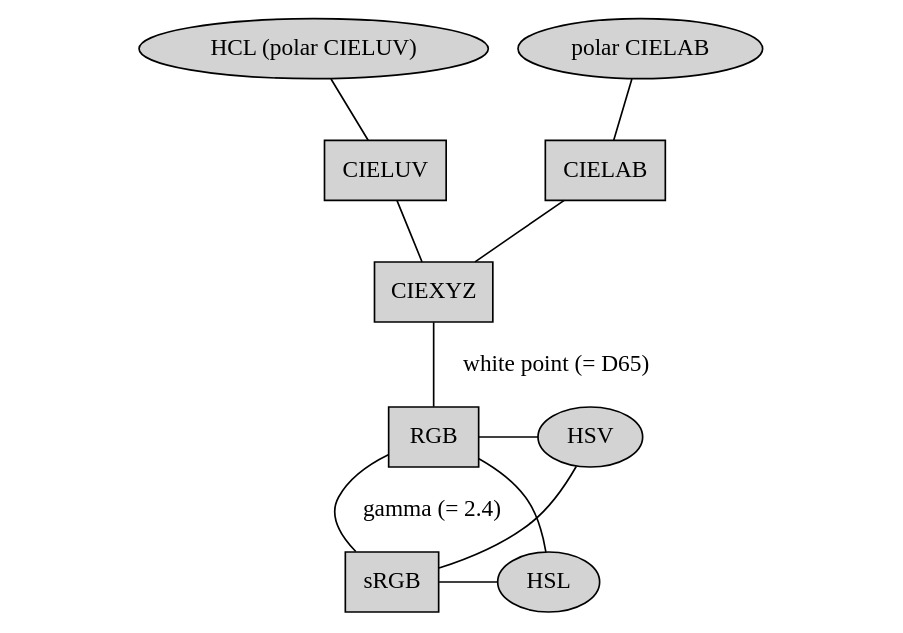
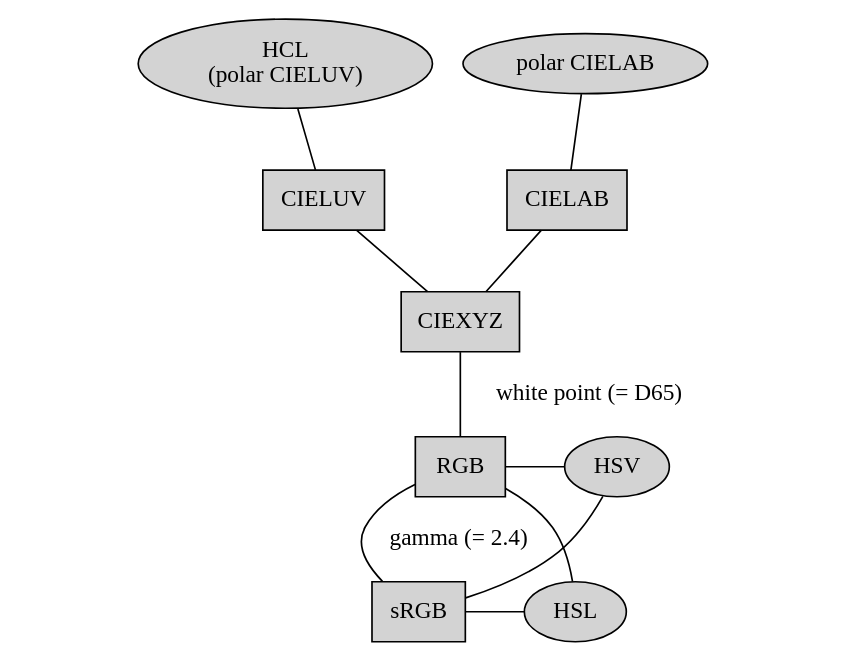
The diagram in pkg/colorspace/paper/Colorspace/colorspace.dot (rforge/colorspace), drawn with Graphviz before and after one commit.

Commit message:
small improvements in graphviz plot, R-based plot now in vignette

```diff
--- a/pkg/colorspace/paper/Colorspace/colorspace.dot
+++ b/pkg/colorspace/paper/Colorspace/colorspace.dot
@@ -1,54 +1,54 @@
 graph colorspace {
 
 { rank = min
     L1 [label="" color=white]
-    polarLUV [label = "HCL (polar CIELUV)" shape=ellipse style=filled]
+    polarLUV [label = "HCL\n(polar CIELUV)" shape=ellipse style=filled]
     polarLAB [label = "polar CIELAB" shape=ellipse style=filled]
     R1 [label="" color=white]
 }
 
 { rank = same
     L2 [label="" color=white]
     LUV [label = "CIELUV" shape=box style=filled]
     LAB [label = "CIELAB" shape=box style=filled]
     R2 [label="" color=white]
 }
 
 { rank = same
     L3 [label="" color=white]
     XYZ [label = "CIEXYZ" shape=box style=filled]
     R3 [label="" color=white]
 }
 
 { rank = same
     L4 [label="" color=white]
     RGB [label = "RGB" shape=box style=filled]
     HSV [label = "HSV" shape=ellipse style=filled]
     R4 [label="" color=white]
 }
 
 { rank = max
     L5 [label="" color=white]
     sRGB [label = "sRGB" shape=box style=filled]
     HSL [label = "HSL" shape=ellipse style=filled]
     R5 [label="" color=white]
 }
 
 LUV -- polarLUV
 LAB -- polarLAB
 XYZ -- LUV
 XYZ -- LAB
 
-XYZ -- RGB [label=" white point (= D65)"]
+XYZ -- RGB [label="  white point (= D65)"]
 
 RGB -- HSV
 RGB -- HSL
 
 sRGB -- RGB [label=" gamma (= 2.4)"]
 
 sRGB -- HSV
 sRGB -- HSL
 
 L1 -- L2 -- L3 -- L4 -- L5 [color=white]
 R1 -- R2 -- R3 -- R4 -- R5 [color=white]
 }
```
